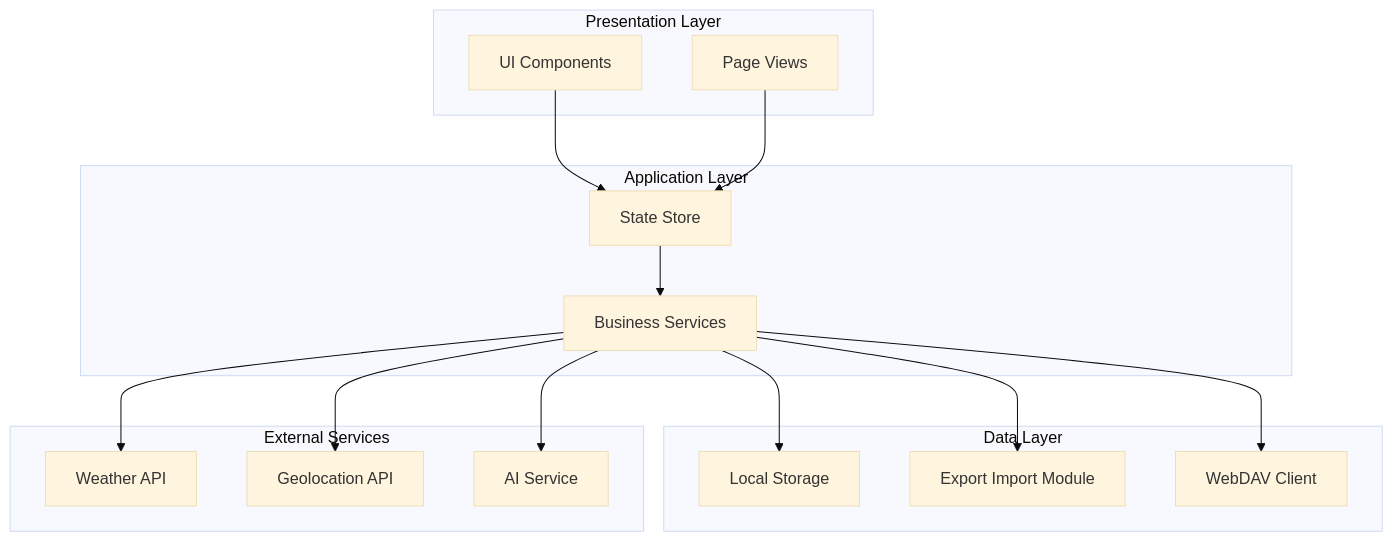
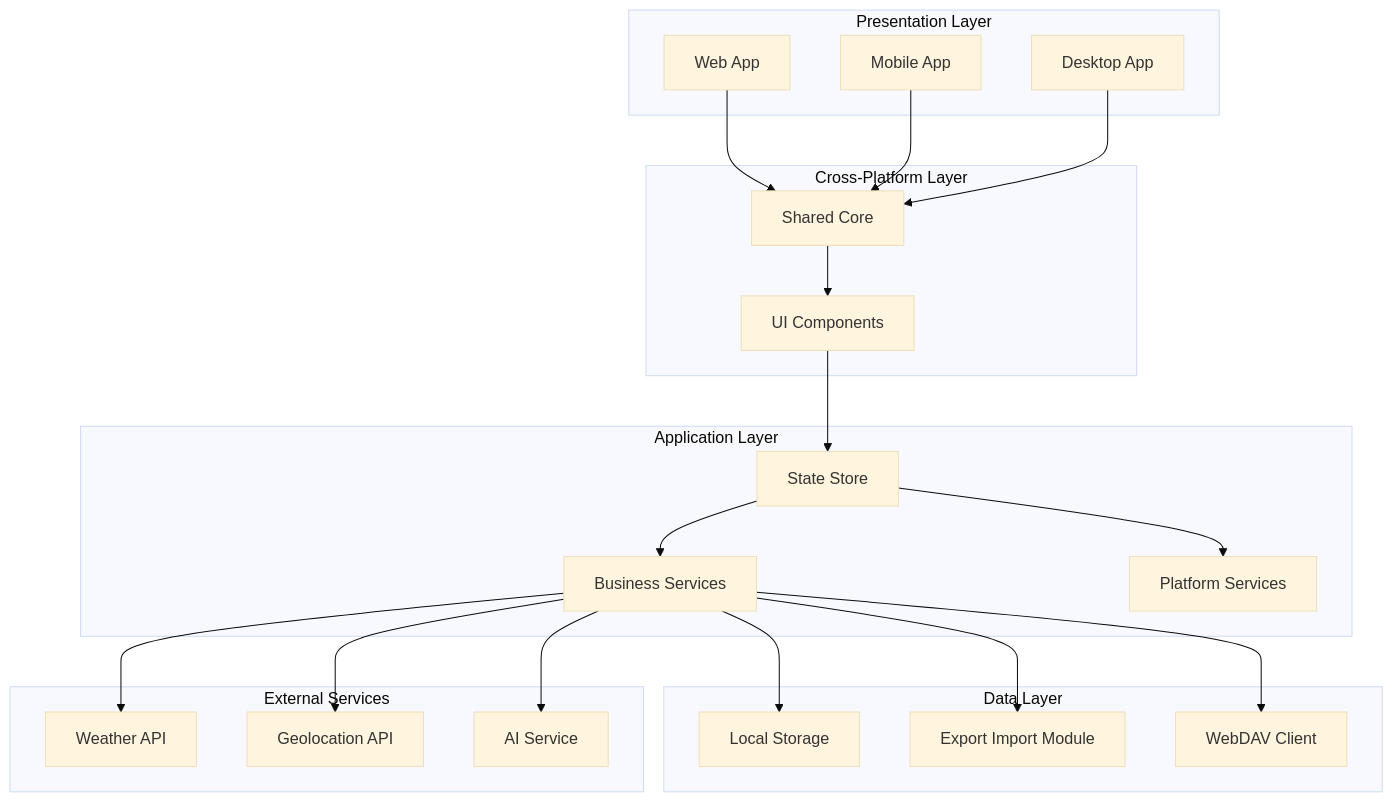
The first of 2 diagrams in .monkeycode/specs/2026-01-31-notebook-app/design.md (okjoma/notebook-app), drawn with Mermaid (base theme) before and after one commit. The commit also changed other lines of this file and 1 other file, not shown here.

First line of the commit message:
feat: add cross-platform support for mobile and desktop apps

````diff
--- a/.monkeycode/specs/2026-01-31-notebook-app/design.md
+++ b/.monkeycode/specs/2026-01-31-notebook-app/design.md
@@ -14,34 +14,45 @@
 ```mermaid
 graph TB
+    subgraph "Cross-Platform Layer"
+        Shared[Shared Core]
+        UI[UI Components]
+    end
+
     subgraph "Presentation Layer"
-        UI[UI Components]
-        Pages[Page Views]
+        Web[Web App]
+        Mobile[Mobile App]
+        Desktop[Desktop App]
     end
 
     subgraph "Application Layer"
         Store[State Store]
         Services[Business Services]
+        Platform[Platform Services]
     end
 
     subgraph "Data Layer"
         Storage[Local Storage]
         Export[Export Import Module]
         WebDAV[WebDAV Client]
     end
 
     subgraph "External Services"
         Weather[Weather API]
         Geolocation[Geolocation API]
         AI[AI Service]
     end
 
+    Shared --> UI
+    Web --> Shared
+    Mobile --> Shared
+    Desktop --> Shared
     UI --> Store
-    Pages --> Store
     Store --> Services
+    Store --> Platform
     Services --> Storage
     Services --> Export
     Services --> WebDAV
     Services --> Weather
     Services --> Geolocation
     Services --> AI
 ```
````
